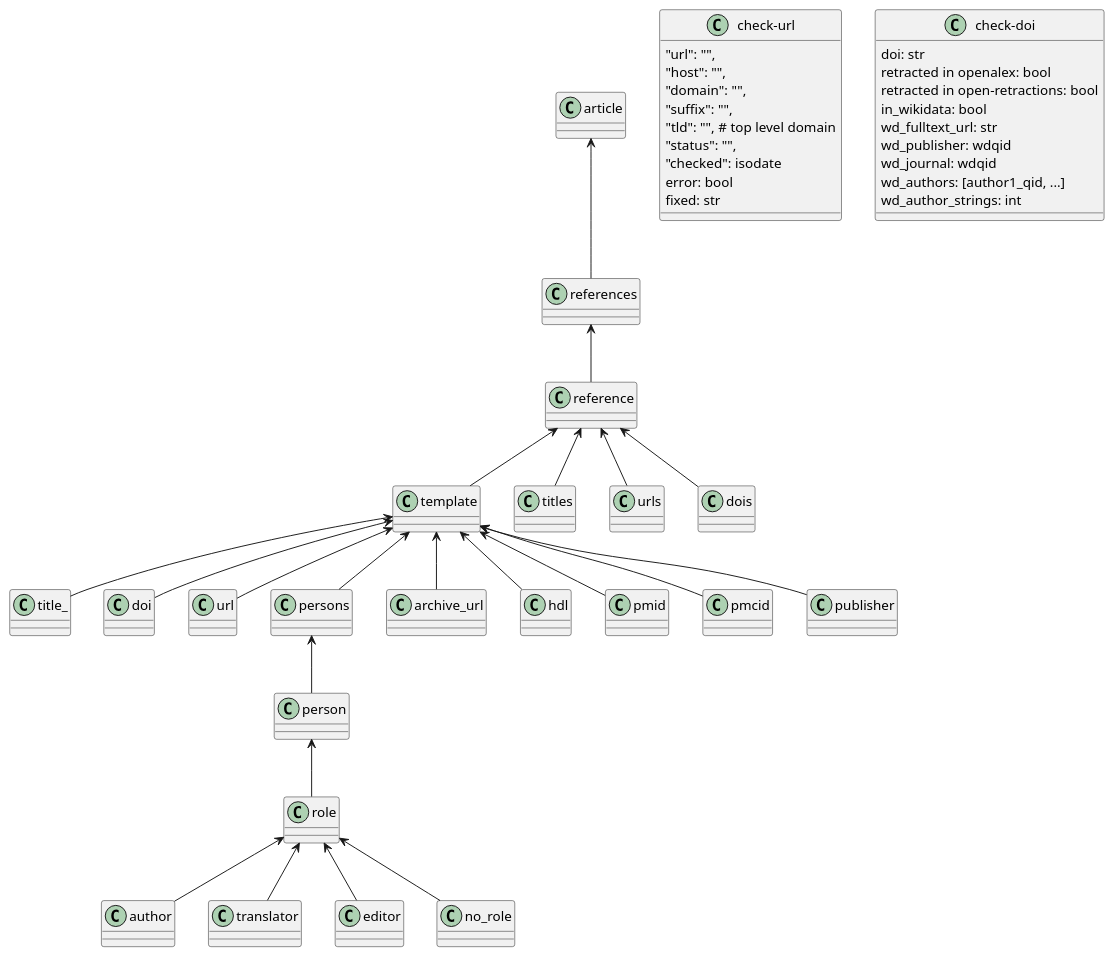
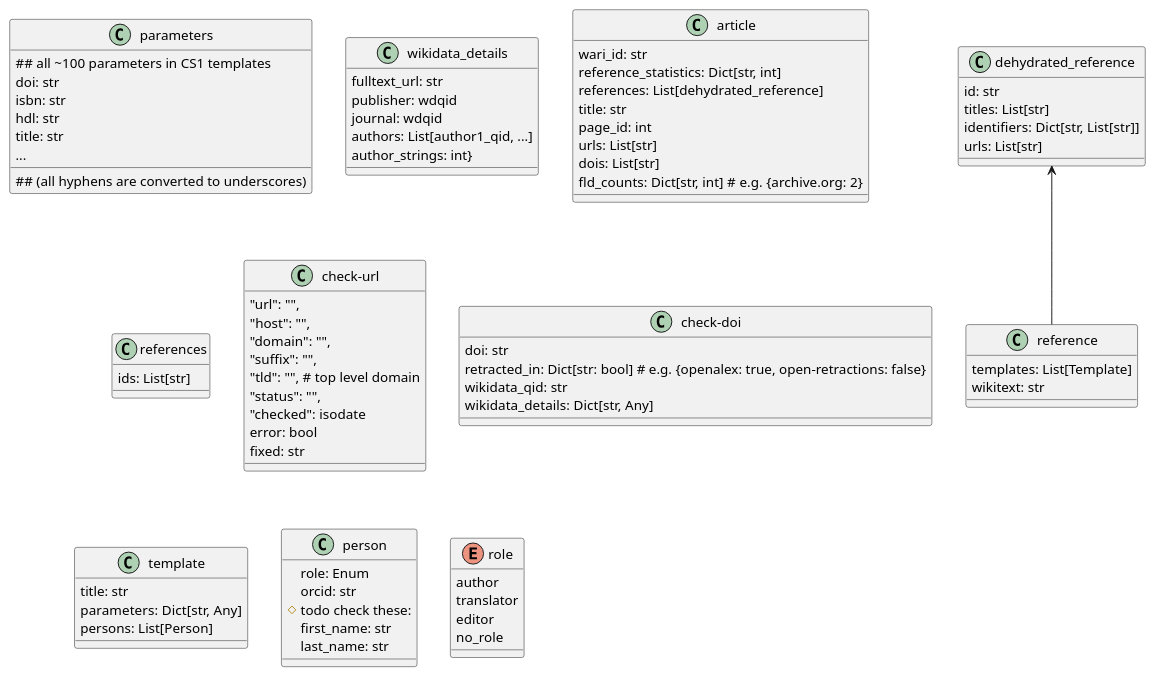
One commit to internetarchive/iari changed the diagram in diagrams/wari/classes.puml. Above: the diagram before and after it, drawn with PlantUML.

Commit message:
chore: Update the WARI classes.puml

```diff
--- a/diagrams/wari/classes.puml
+++ b/diagrams/wari/classes.puml
@@ -1,65 +1,79 @@
 @startuml
 'https://plantuml.com/class-diagram
 
-class article
-class references
-class reference
+class parameters{
+## all ~100 parameters in CS1 templates
+## (all hyphens are converted to underscores)
+doi: str
+isbn: str
+hdl: str
+title: str
+...
+}
+class wikidata_details{
+fulltext_url: str
+publisher: wdqid
+journal: wdqid
+authors: List[author1_qid, ...]
+author_strings: int}
+}
+class article{
+wari_id: str
+reference_statistics: Dict[str, int]
+references: List[dehydrated_reference]
+title: str
+page_id: int
+urls: List[str]
+dois: List[str]
+fld_counts: Dict[str, int] # e.g. {archive.org: 2}
+}
+class references{
+ids: List[str]
+}
+class reference{
+templates: List[Template]
+wikitext: str
+}
+class dehydrated_reference {
+id: str
+titles: List[str]
+identifiers: Dict[str, List[str]]
+urls: List[str]
+}
+dehydrated_reference <-- reference
 class check-url{
 "url": "",
 "host": "",
 "domain": "",
 "suffix": "",
 "tld": "", # top level domain
 "status": "",
 "checked": isodate
 error: bool
 fixed: str
 }
 class check-doi{
 doi: str
-retracted in openalex: bool
-retracted in open-retractions: bool
-in_wikidata: bool
-wd_fulltext_url: str
-wd_publisher: wdqid
-wd_journal: wdqid
-wd_authors: [author1_qid, ...]
-wd_author_strings: int
+retracted_in: Dict[str: bool] # e.g. {openalex: true, open-retractions: false}
+wikidata_qid: str
+wikidata_details: Dict[str, Any]
 }
-class template
-class titles
-class title_
-class doi
-class url
-class urls
-class dois
-class persons
-class person
-class role
-class author
-class translator
-class editor
-class no_role
-article <-- references
-references <-- reference
-reference <-- titles
-reference <-- template
-reference <-- dois
-reference <-- urls
-template <-- title_
-template <-- doi
-template <-- url
-template <-- archive_url
-template <-- hdl
-template <-- pmid
-template <-- pmcid
-template <-- publisher
-template <-- persons
-persons <-- person
-person <-- role
-role <-- author
-role <-- translator
-role <-- editor
-role <-- no_role
-
+class template{
+title: str
+parameters: Dict[str, Any]
+persons: List[Person]
+}
+class person{
+role: Enum
+orcid: str
+# todo check these:
+first_name: str
+last_name: str
+}
+enum role{
+author
+translator
+editor
+no_role
+}
 @enduml
```
